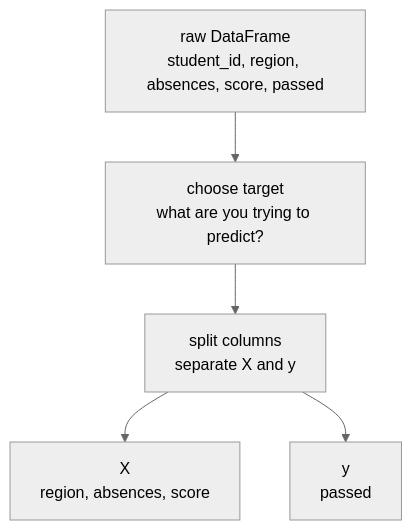
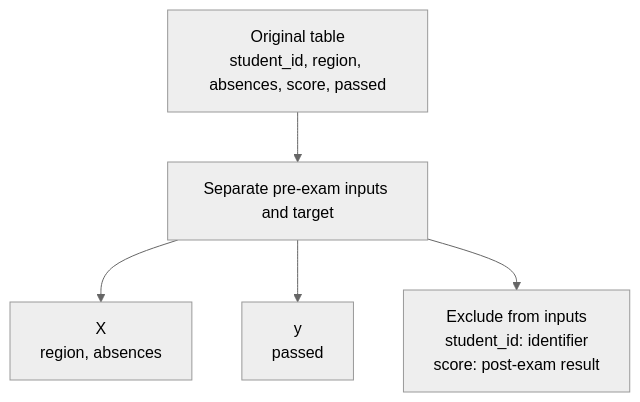
One commit to devchan64/AiBook changed the diagram in docs/assets/part-02/chapter-12/x-y-split-flow-en.mmd. Above: the diagram before and after it, drawn with Mermaid (neutral theme). The commit also changed 26 other files, not shown here.

```diff
--- a/docs/assets/part-02/chapter-12/x-y-split-flow-en.mmd
+++ b/docs/assets/part-02/chapter-12/x-y-split-flow-en.mmd
@@ -1,10 +1,6 @@
 flowchart TD
-    raw["raw DataFrame<br/>student_id, region, absences, score, passed"]
-    choose["choose target<br/>what are you trying to predict?"]
-    split["split columns<br/>separate X and y"]
-    x["X<br/>region, absences, score"]
-    y["y<br/>passed"]
-
-    raw --> choose --> split
-    split --> x
-    split --> y
+    a["Original table<br/>student_id, region, absences, score, passed"]
+    a --> b["Separate pre-exam inputs and target"]
+    b --> x["X<br/>region, absences"]
+    b --> y["y<br/>passed"]
+    b --> z["Exclude from inputs<br/>student_id: identifier<br/>score: post-exam result"]
```
